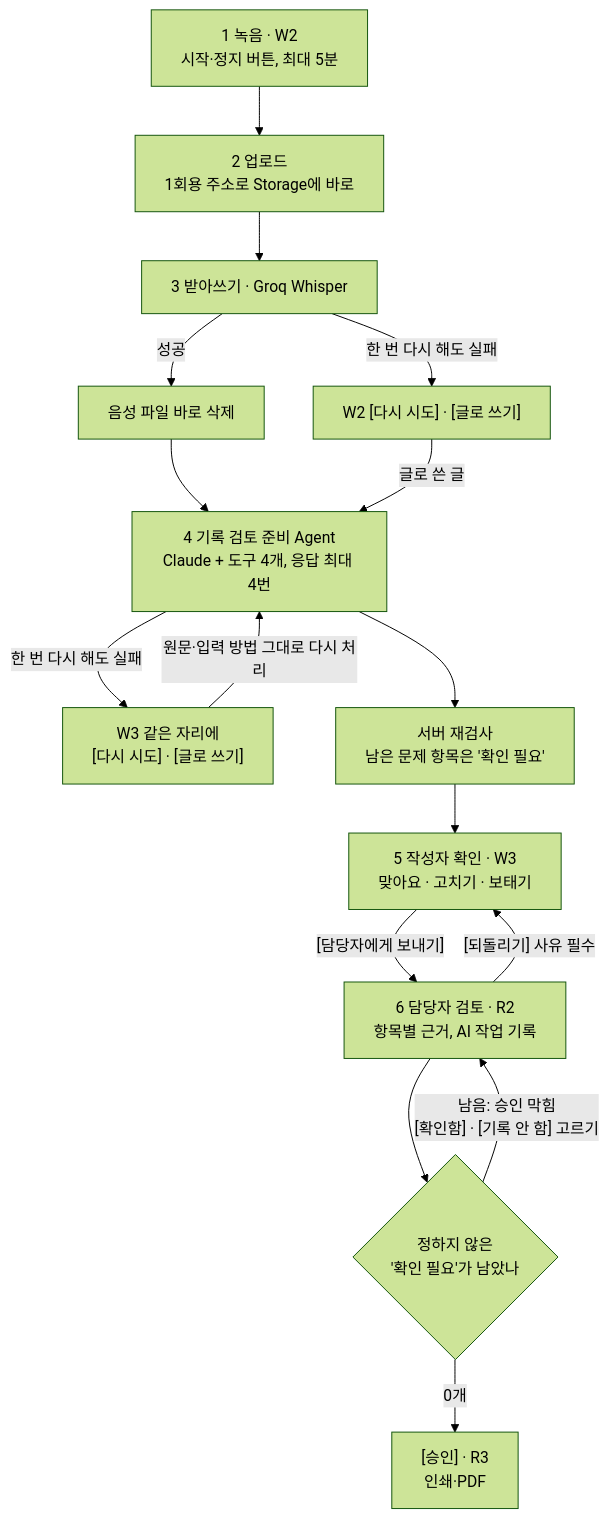
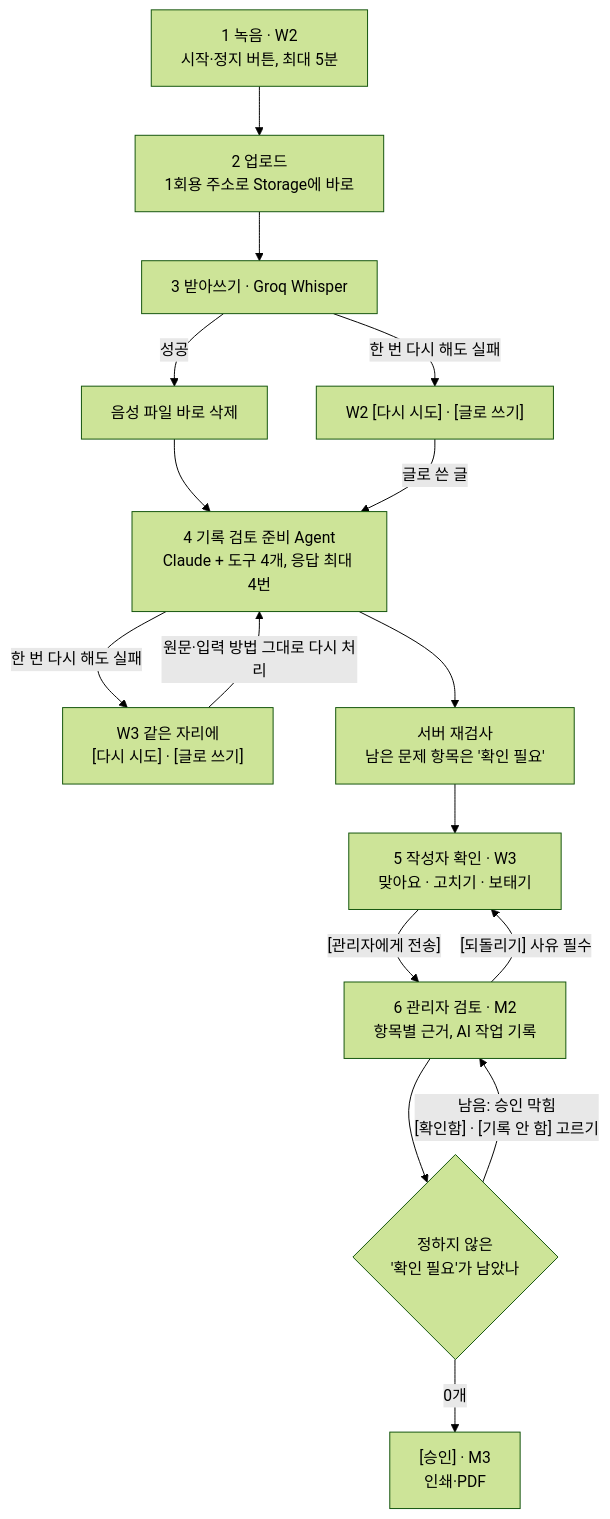
Before and after one commit to 2dion/CareBridge: the second of 2 diagrams in 문서/설계/기술선택-v1.1.md, drawn with Mermaid (forest theme). The commit also changed other lines of this file and 11 other files, not shown here.

````diff
--- a/문서/설계/기술선택-v1.1.md
+++ b/문서/설계/기술선택-v1.1.md
@@ -182,18 +185,18 @@
 ```mermaid
 flowchart TD
   A["1 녹음 · W2<br/>시작·정지 버튼, 최대 5분"] --> B["2 업로드<br/>1회용 주소로 Storage에 바로"]
   B --> C["3 받아쓰기 · Groq Whisper"]
   C -->|성공| D["음성 파일 바로 삭제"]
   C -->|"한 번 다시 해도 실패"| X["W2 [다시 시도] · [글로 쓰기]"]
   D --> E["4 기록 검토 준비 Agent<br/>Claude + 도구 4개, 응답 최대 4번"]
   X -->|"글로 쓴 글"| E
   E -->|"한 번 다시 해도 실패"| Y["W3 같은 자리에<br/>[다시 시도] · [글로 쓰기]"]
   Y -->|"원문·입력 방법 그대로 다시 처리"| E
   E --> F["서버 재검사<br/>남은 문제 항목은 '확인 필요'"]
   F --> G["5 작성자 확인 · W3<br/>맞아요 · 고치기 · 보태기"]
-  G -->|"[담당자에게 보내기]"| H["6 담당자 검토 · R2<br/>항목별 근거, AI 작업 기록"]
+  G -->|"[관리자에게 전송]"| H["6 관리자 검토 · M2<br/>항목별 근거, AI 작업 기록"]
   H -->|"[되돌리기] 사유 필수"| G
   H --> I{"정하지 않은<br/>'확인 필요'가 남았나"}
   I -->|"남음: 승인 막힘<br/>[확인함] · [기록 안 함] 고르기"| H
-  I -->|"0개"| J["[승인] · R3<br/>인쇄·PDF"]
+  I -->|"0개"| J["[승인] · M3<br/>인쇄·PDF"]
 ```
````
